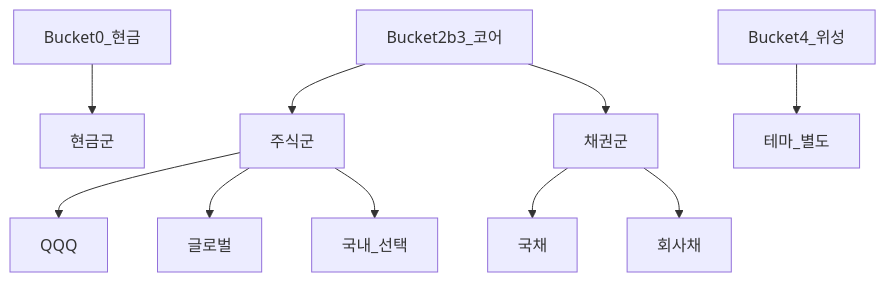
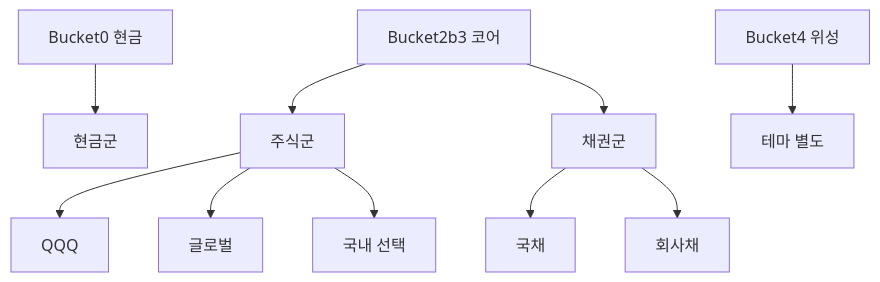
The first of 2 diagrams in 04-portfolio/asset-allocation.md (goldanghenry/Finances), drawn with Mermaid before and after one commit. The commit also changed other lines of this file and 211 other files, not shown here.

````diff
--- a/04-portfolio/asset-allocation.md
+++ b/04-portfolio/asset-allocation.md
@@ -100,12 +102,12 @@
 ```mermaid
 flowchart TD
-  B0[Bucket0_현금] --> Cash[현금군]
-  B23[Bucket2b3_코어] --> Stock[주식군]
+  B0["Bucket0 현금"] --> Cash[현금군]
+  B23["Bucket2b3 코어"] --> Stock[주식군]
   B23 --> Bond[채권군]
   Stock --> QQQ[QQQ]
   Stock --> Global[글로벌]
-  Stock --> KR[국내_선택]
+  Stock --> KR["국내 선택"]
   Bond --> Gov[국채]
   Bond --> Corp[회사채]
-  B4[Bucket4_위성] --> Sat[테마_별도]
+  B4["Bucket4 위성"] --> Sat["테마 별도"]
 ```
````
